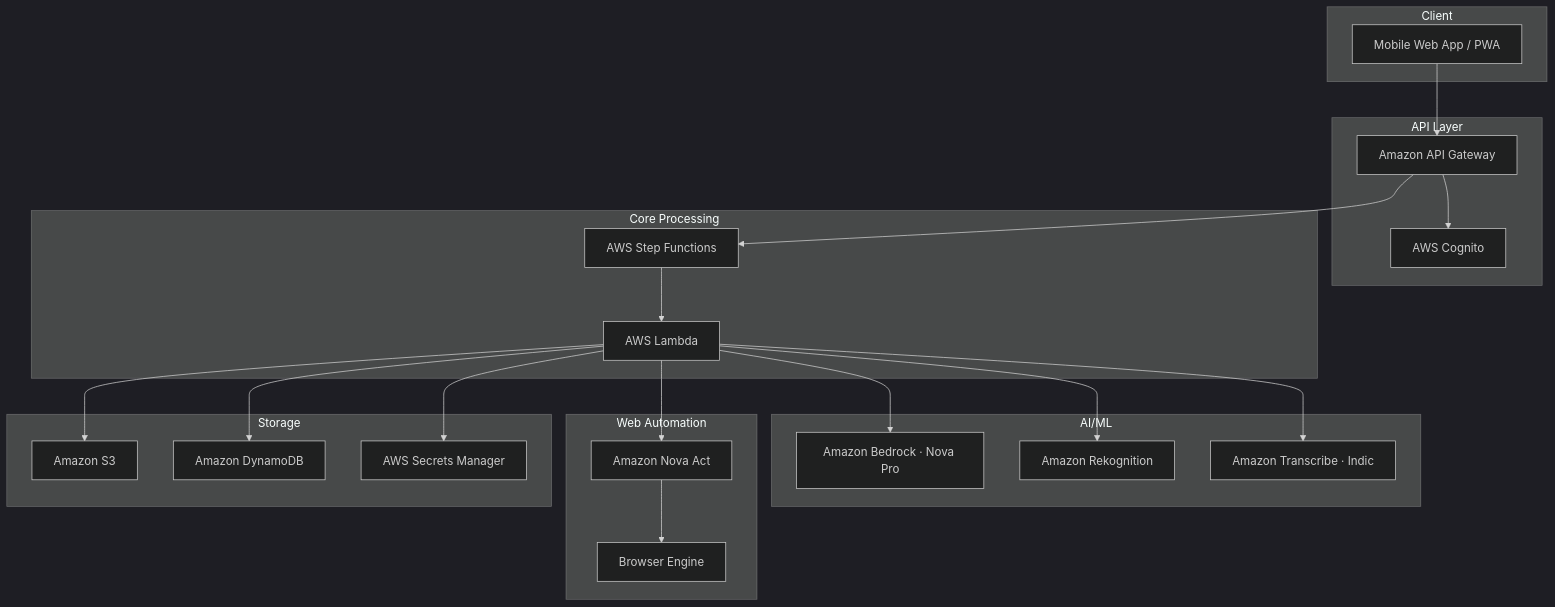
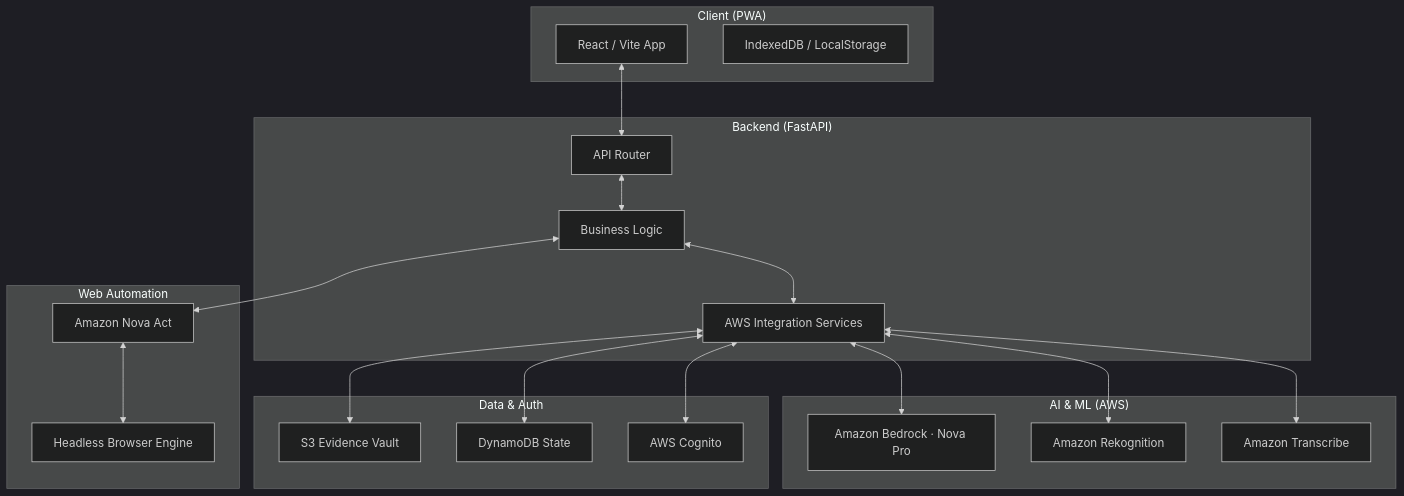
Before and after one commit to Vedant-Baldwa/sewa_sahayak: the diagram in README.md, drawn with Mermaid (dark theme). The commit also changed other lines of this file and 40 other files, not shown here.

````diff
--- a/README.md
+++ b/README.md
@@ -62,39 +93,36 @@
 ```mermaid
 graph TB
-    subgraph "Client"
-        UI[Mobile Web App / PWA]
+    subgraph "Client (PWA)"
+        UI[React / Vite App]
+        STORAGE[IndexedDB / LocalStorage]
     end
 
-    subgraph "API Layer"
-        AG[Amazon API Gateway]
-        AUTH[AWS Cognito]
+    subgraph "Backend (FastAPI)"
+        API[API Router]
+        CORE[Business Logic]
+        SVC[AWS Integration Services]
     end
 
-    subgraph "Core Processing"
-        ORCH[AWS Step Functions]
-        LAMBDA[AWS Lambda]
-    end
-
-    subgraph "AI/ML"
+    subgraph "AI & ML (AWS)"
         BEDROCK[Amazon Bedrock · Nova Pro]
         REKOGNITION[Amazon Rekognition]
-        TRANSCRIBE[Amazon Transcribe · Indic]
+        TRANSCRIBE[Amazon Transcribe]
     end
 
     subgraph "Web Automation"
         NOVA[Amazon Nova Act]
-        BROWSER[Browser Engine]
+        BROWSER[Headless Browser Engine]
     end
 
-    subgraph "Storage"
-        S3[Amazon S3]
-        DYNAMO[Amazon DynamoDB]
-        SECRETS[AWS Secrets Manager]
+    subgraph "Data & Auth"
+        S3[S3 Evidence Vault]
+        DYNAMO[DynamoDB State]
+        AUTH[AWS Cognito]
     end
 
-    UI --> AG --> AUTH
-    AG --> ORCH --> LAMBDA
-    LAMBDA --> BEDROCK & REKOGNITION & TRANSCRIBE
-    LAMBDA --> NOVA --> BROWSER
-    LAMBDA --> S3 & DYNAMO & SECRETS
+    UI <--> API
+    API <--> CORE <--> SVC
+    SVC <--> BEDROCK & REKOGNITION & TRANSCRIBE
+    SVC <--> S3 & DYNAMO & AUTH
+    CORE <--> NOVA <--> BROWSER
 ```
````
